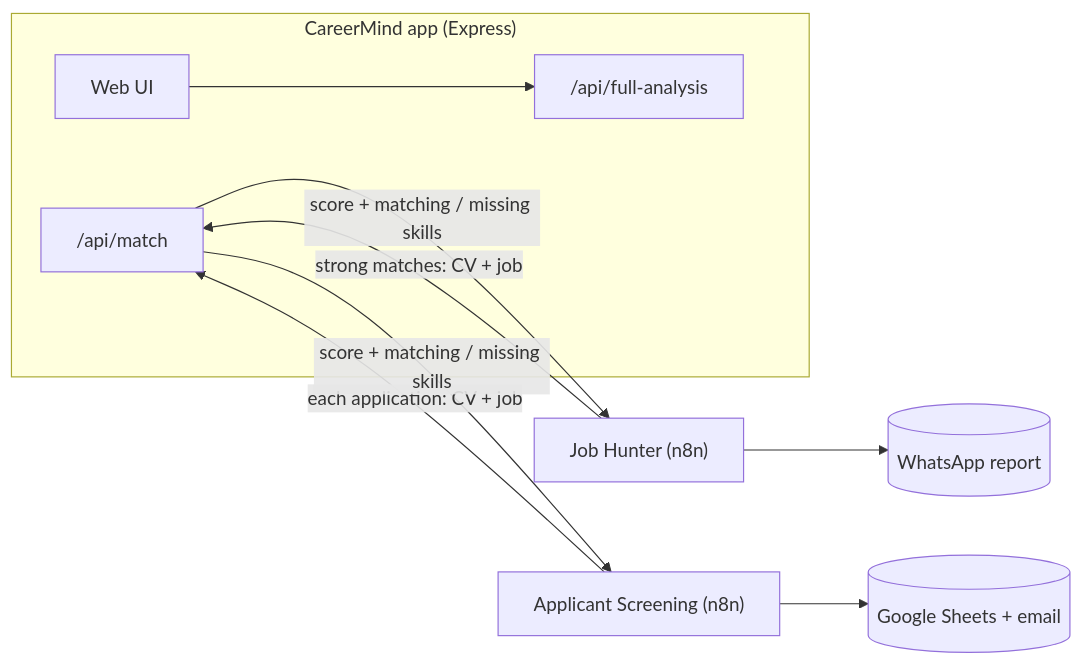
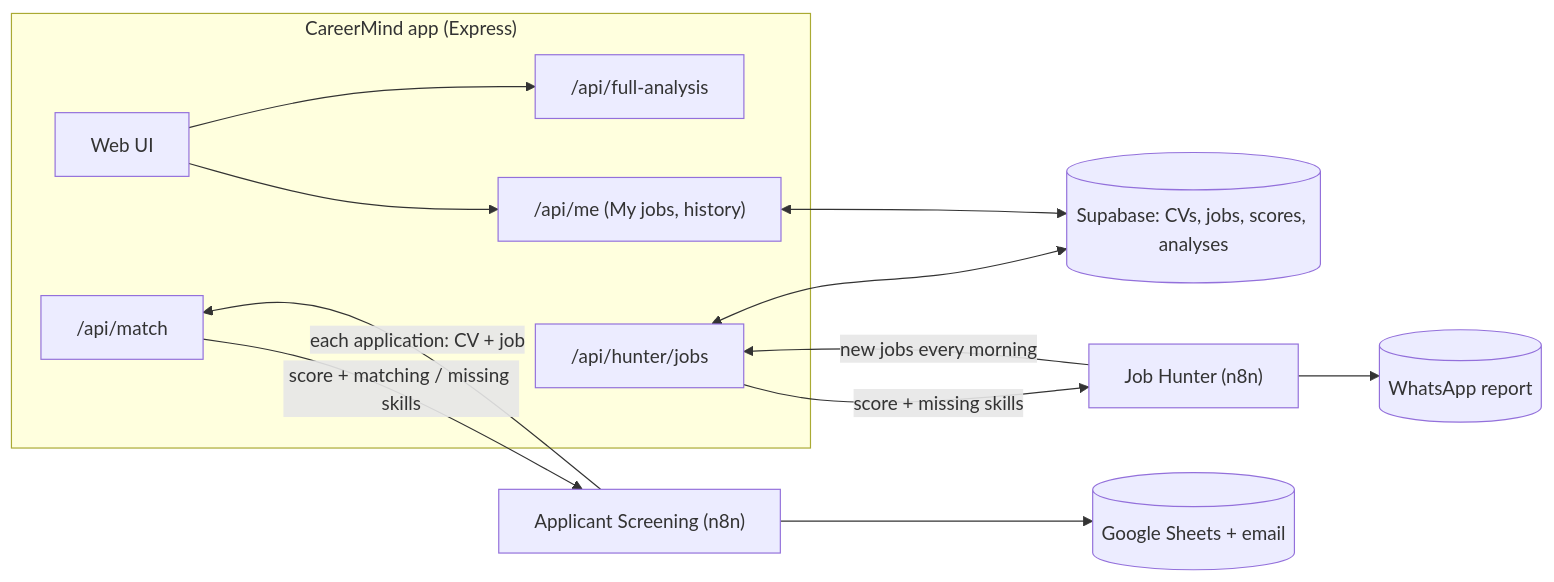
Before and after one commit to bodamansour/careermind: the first of 2 diagrams in README.md, drawn with Mermaid. The commit also changed other lines of this file, not shown here.

Commit message:
README: describe accounts, My jobs and the hunter API

````diff
--- a/README.md
+++ b/README.md
@@ -52,13 +52,18 @@
 ```mermaid
 flowchart LR
     subgraph App["CareerMind app (Express)"]
         UI[Web UI] --> FA["/api/full-analysis"]
+        UI --> ME["/api/me (My jobs, history)"]
+        H["/api/hunter/jobs"]
         M["/api/match"]
     end
-    JH["Job Hunter (n8n)"] -- "strong matches: CV + job" --> M
+    DB[(Supabase: CVs, jobs, scores, analyses)]
+    JH["Job Hunter (n8n)"] -- "new jobs every morning" --> H
+    H -- "score + missing skills" --> JH
+    H <--> DB
+    ME <--> DB
     AS["Applicant Screening (n8n)"] -- "each application: CV + job" --> M
-    M -- "score + matching / missing skills" --> JH
     M -- "score + matching / missing skills" --> AS
     JH --> WA[(WhatsApp report)]
     AS --> GS[(Google Sheets + email)]
 ```
````
